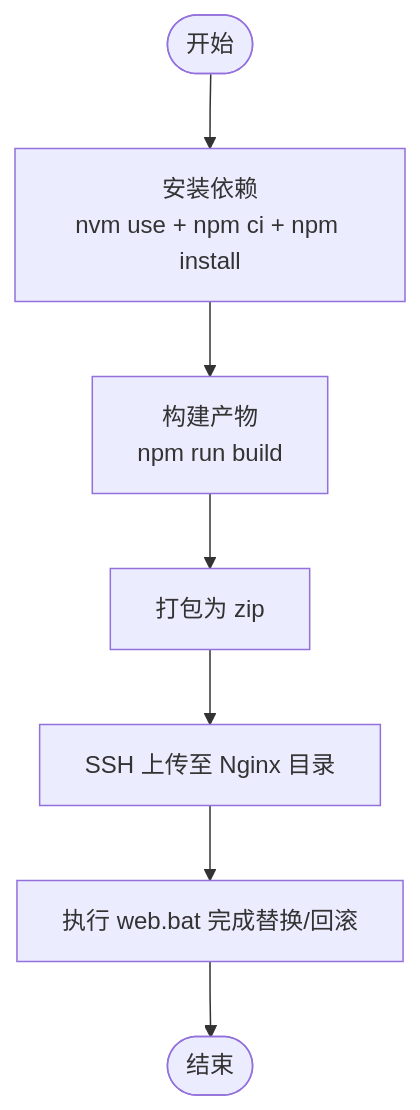
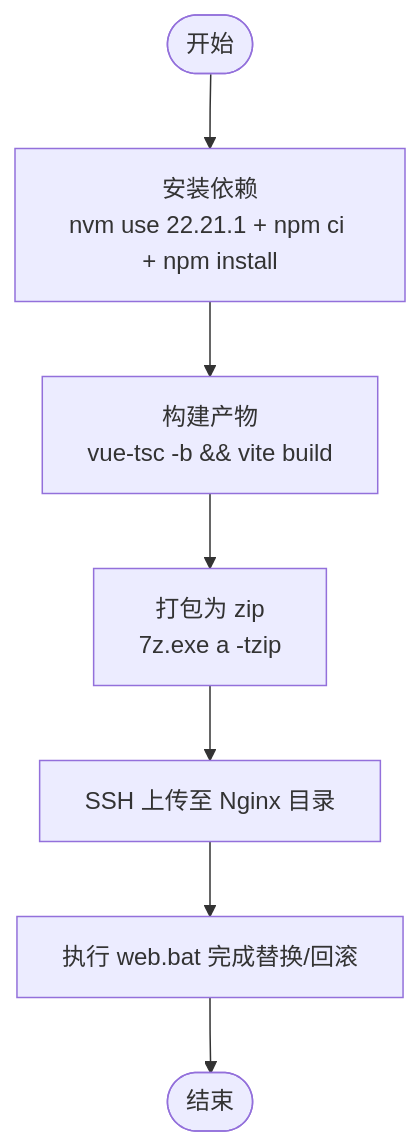
The fifth of 6 diagrams in .qoder/repowiki/zh/content/部署运维/CI_CD流水线.md (DrunkFood/First), drawn with Mermaid before and after one commit. The commit also changed other lines of this file and 66 other files, not shown here.

````diff
--- a/.qoder/repowiki/zh/content/部署运维/CI_CD流水线.md
+++ b/.qoder/repowiki/zh/content/部署运维/CI_CD流水线.md
@@ -173,9 +229,9 @@
 ```mermaid
 flowchart TD
-Start(["开始"]) --> Init["安装依赖<br/>nvm use + npm ci + npm install"]
-Init --> Build["构建产物<br/>npm run build"]
-Build --> Zip["打包为 zip"]
+Start(["开始"]) --> Init["安装依赖<br/>nvm use 22.21.1 + npm ci + npm install"]
+Init --> Build["构建产物<br/>vue-tsc -b && vite build"]
+Build --> Zip["打包为 zip<br/>7z.exe a -tzip"]
 Zip --> Deploy["SSH 上传至 Nginx 目录"]
 Deploy --> Exec["执行 web.bat 完成替换/回滚"]
 Exec --> End(["结束"])
 ```
````
